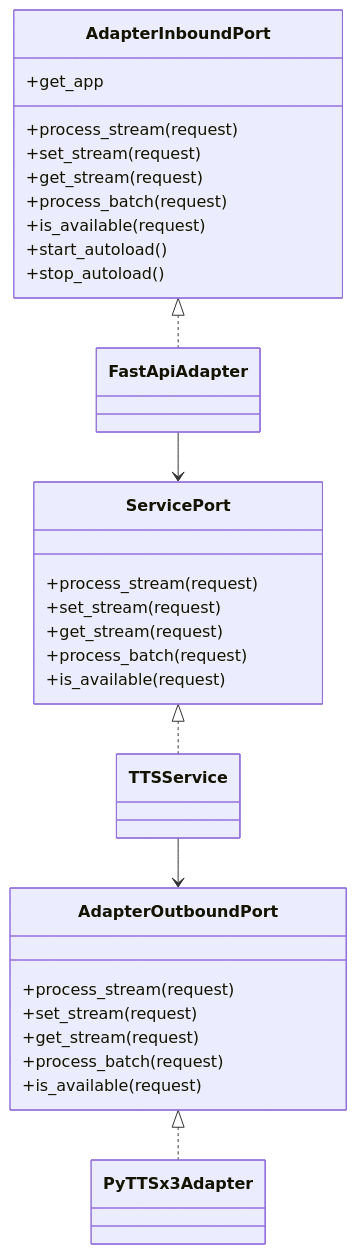
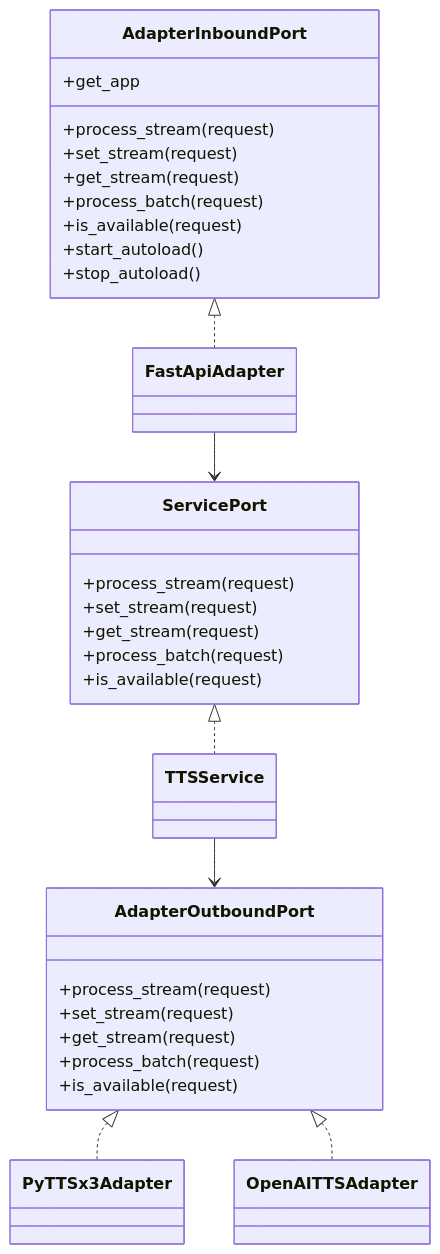
Before and after one commit to DanielCalvo-Calvicia/tts_microservice: the second of 3 diagrams in README.md, drawn with Mermaid. The commit also changed other lines of this file and 17 other files, not shown here.

````diff
--- a/README.md
+++ b/README.md
@@ -69,39 +92,41 @@
 ```mermaid
 classDiagram
     class AdapterInboundPort {
       +process_stream(request)
       +set_stream(request)
       +get_stream(request)
       +process_batch(request)
       +is_available(request)
       +get_app
       +start_autoload()
       +stop_autoload()
     }
 
     class ServicePort {
       +process_stream(request)
       +set_stream(request)
       +get_stream(request)
       +process_batch(request)
       +is_available(request)
     }
 
     class AdapterOutboundPort {
       +process_stream(request)
       +set_stream(request)
       +get_stream(request)
       +process_batch(request)
       +is_available(request)
     }
 
     class FastApiAdapter
     class TTSService
     class PyTTSx3Adapter
+    class OpenAITTSAdapter
 
     AdapterInboundPort <|.. FastApiAdapter
     ServicePort <|.. TTSService
     AdapterOutboundPort <|.. PyTTSx3Adapter
+    AdapterOutboundPort <|.. OpenAITTSAdapter
     FastApiAdapter --> ServicePort
     TTSService --> AdapterOutboundPort
 ```
````
